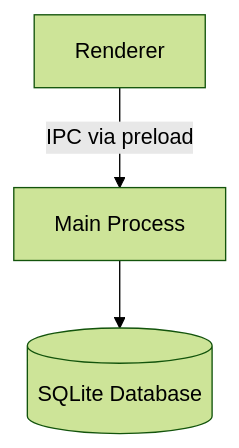
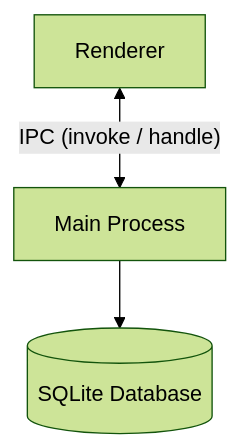
Before and after one commit to MZO26/MZO.md: the diagram in README.md, drawn with Mermaid (forest theme). The commit also changed other lines of this file and 3 other files, not shown here.

````diff
--- a/README.md
+++ b/README.md
@@ -148,5 +149,5 @@
 ```mermaid
 flowchart TD
-    A[Renderer] -- IPC via preload --> B[Main Process]
+    A[Renderer] -- "IPC (invoke / handle)" <--> B[Main Process]
     B --> C[(SQLite Database)]
 ```
````
